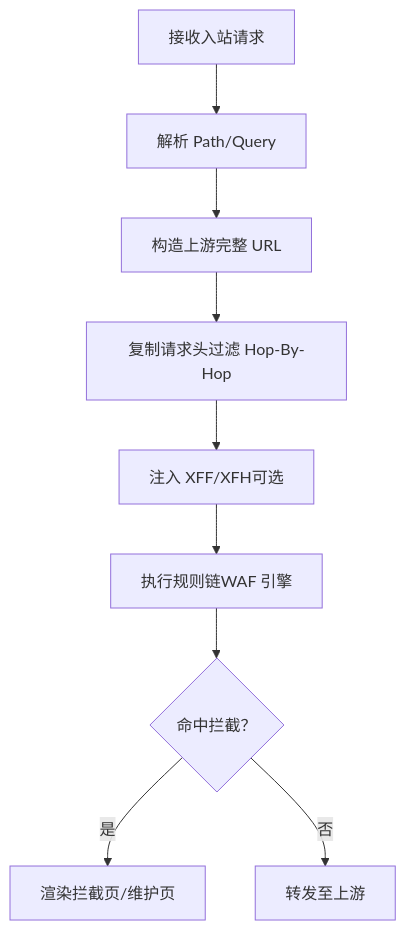
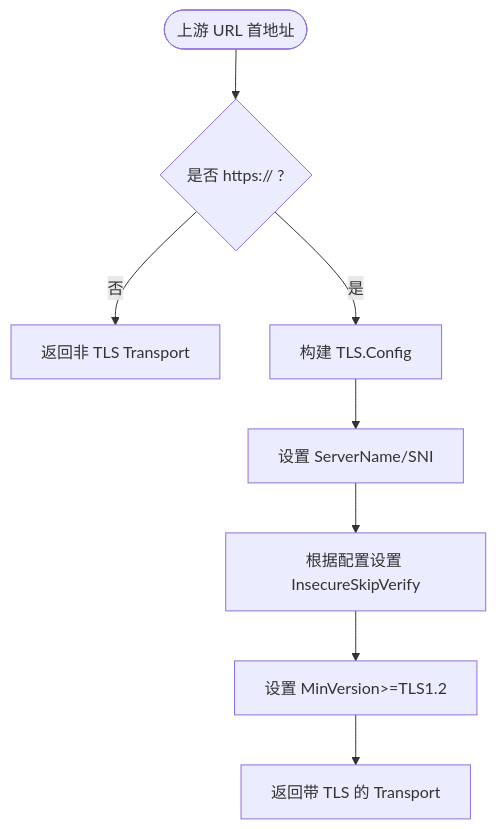
Before and after one commit to x01n/My-OpenWaf: the sixth of 8 diagrams in docs/安全机制/出站安全控制.md, drawn with Mermaid. The commit also changed other lines of this file and 199 other files, not shown here.

````diff
--- a/docs/安全机制/出站安全控制.md
+++ b/docs/安全机制/出站安全控制.md
@@ -231,11 +228,10 @@
 ```mermaid
 flowchart TD
-A["接收入站请求"] --> B["解析 Path/Query"]
-B --> C["构造上游完整 URL"]
-C --> D["复制请求头过滤 Hop-By-Hop"]
-D --> E["注入 XFF/XFH可选"]
-E --> F["执行规则链WAF 引擎"]
-F --> G{"命中拦截？"}
-G --> |是| H["渲染拦截页/维护页"]
-G --> |否| I["转发至上游"]
+Start(["上游 URL 首地址"]) --> CheckHTTPS{"是否 https:// ?"}
+CheckHTTPS --> |否| ReturnPlain["返回非 TLS Transport"]
+CheckHTTPS --> |是| BuildTLS["构建 TLS.Config"]
+BuildTLS --> SetSNI["设置 ServerName/SNI"]
+SetSNI --> SetSkip["根据配置设置 InsecureSkipVerify"]
+SetSkip --> SetMin["设置 MinVersion>=TLS1.2"]
+SetMin --> ReturnTLS["返回带 TLS 的 Transport"]
 ```
````
